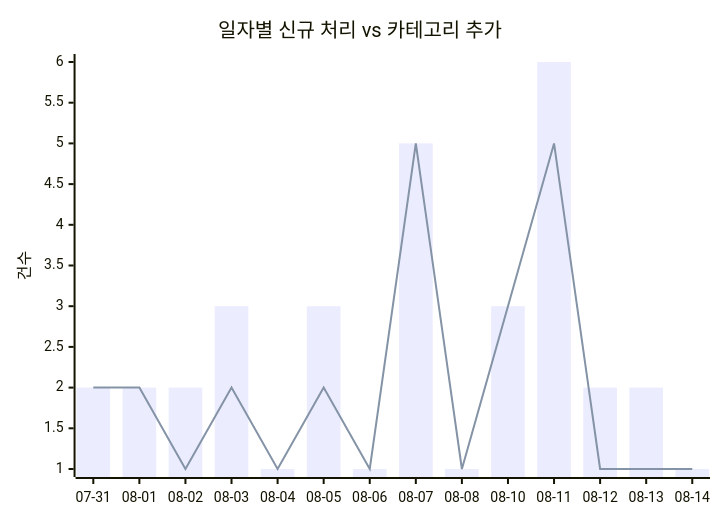
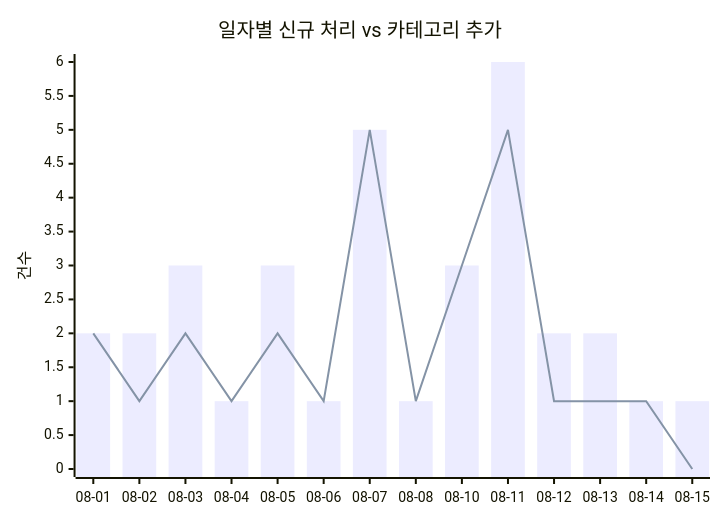
The first of 2 diagrams in docs/trends.md (J-nowcow/awesome-korean-agent-skills), drawn with Mermaid before and after one commit. The commit also changed other lines of this file and 2 other files, not shown here.

````diff
--- a/docs/trends.md
+++ b/docs/trends.md
@@ -32,8 +32,8 @@
 ```mermaid
 xychart-beta
     title "일자별 신규 처리 vs 카테고리 추가"
-    x-axis ["07-31","08-01","08-02","08-03","08-04","08-05","08-06","08-07","08-08","08-10","08-11","08-12","08-13","08-14"]
+    x-axis ["08-01","08-02","08-03","08-04","08-05","08-06","08-07","08-08","08-10","08-11","08-12","08-13","08-14","08-15"]
     y-axis "건수"
-    bar [2,2,2,3,1,3,1,5,1,3,6,2,2,1]
-    line [2,2,1,2,1,2,1,5,1,3,5,1,1,1]
+    bar [2,2,3,1,3,1,5,1,3,6,2,2,1,1]
+    line [2,1,2,1,2,1,5,1,3,5,1,1,1,0]
 ```
````
